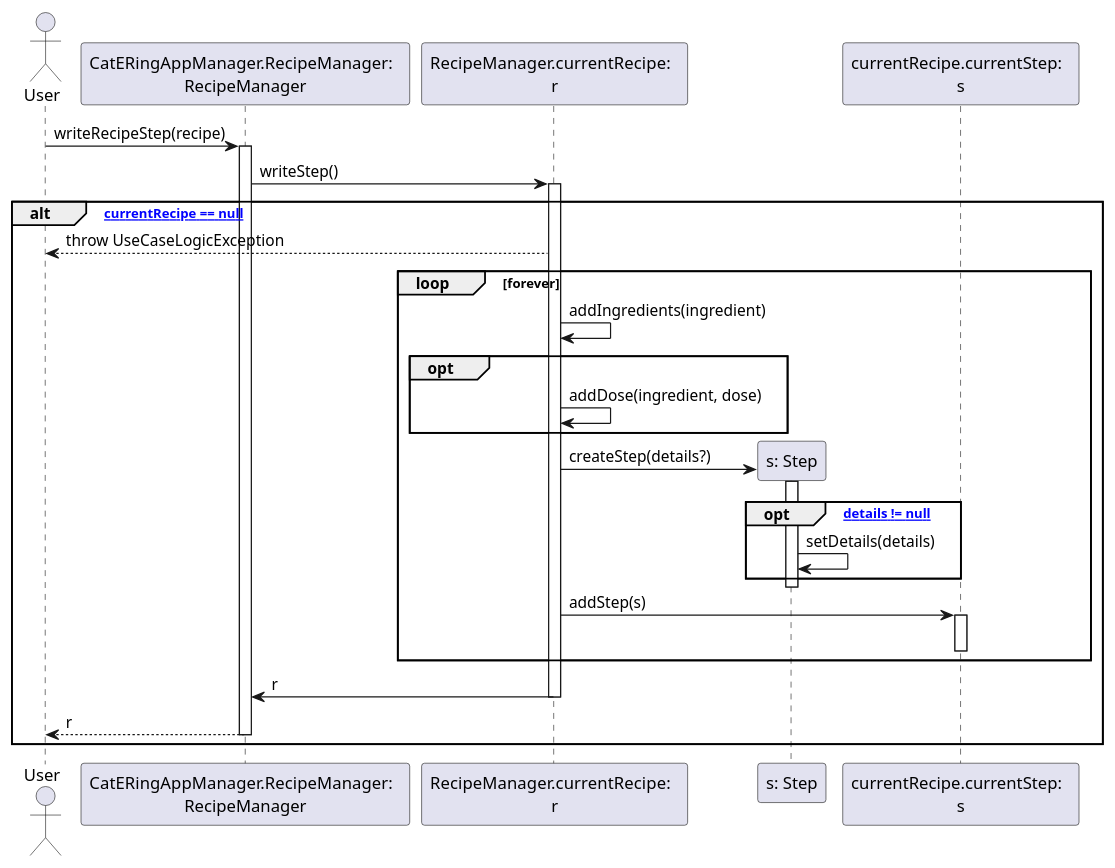
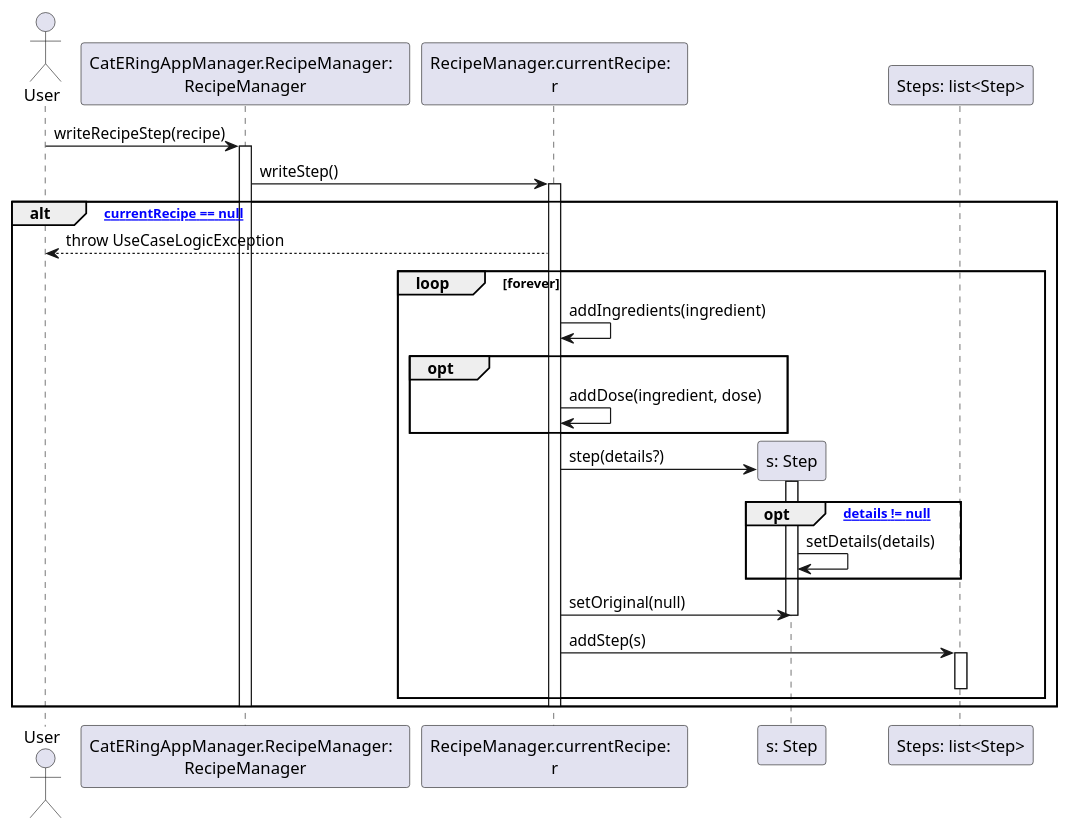
One commit to m0canu1/sas changed the diagram in dsd/dsd-ricette/2-writeRecipeStep.md. Above: the diagram before and after it, drawn with PlantUML. The commit also changed 8 other files, not shown here.

````diff
--- a/dsd/dsd-ricette/2-writeRecipeStep.md
+++ b/dsd/dsd-ricette/2-writeRecipeStep.md
@@ -1,36 +1,34 @@
 ```plantuml
 
 Actor User
 Participant "CatERingAppManager.RecipeManager:  \nRecipeManager" as RM
 Participant "RecipeManager.currentRecipe:  \nr" as CR
 
 User -> RM: writeRecipeStep(recipe)
 Activate RM
 RM -> CR: writeStep()
 activate CR
 alt ["currentRecipe == null"]
     CR --> User: throw UseCaseLogicException
     loop forever
         CR -> CR: addIngredients(ingredient)
         opt
             CR -> CR: addDose(ingredient, dose)
         end
         create "s: Step"
-        CR -> "s: Step":createStep(details?)
+        CR -> "s: Step": step(details?)
         Activate "s: Step"
         opt ["details != null"]
-            "s: Step" -> "s: Step":setDetails(details)
+            "s: Step" -> "s: Step": setDetails(details)
         end
+        CR -> "s: Step": setOriginal(null)
         Deactivate "s: Step"
-        CR -> "currentRecipe.currentStep:  \ns": addStep(s)
-        Activate "currentRecipe.currentStep:  \ns"
-        Deactivate "currentRecipe.currentStep:  \ns"
+        CR -> "Steps: list<Step>": addStep(s)
+        Activate "Steps: list<Step>"
+        Deactivate "Steps: list<Step>"
     end
-    CR -> RM: r
     deactivate CR
-    RM --> User: r
-    Deactivate RM
-    
+    Deactivate RM    
 end
 
 ```
````
